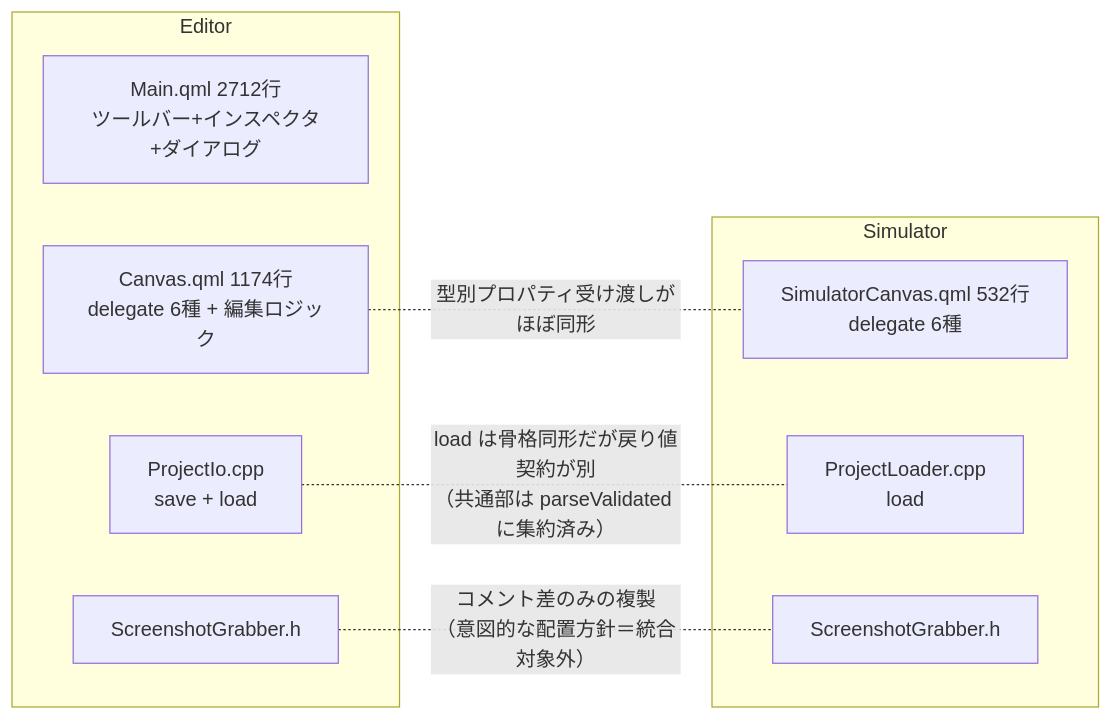
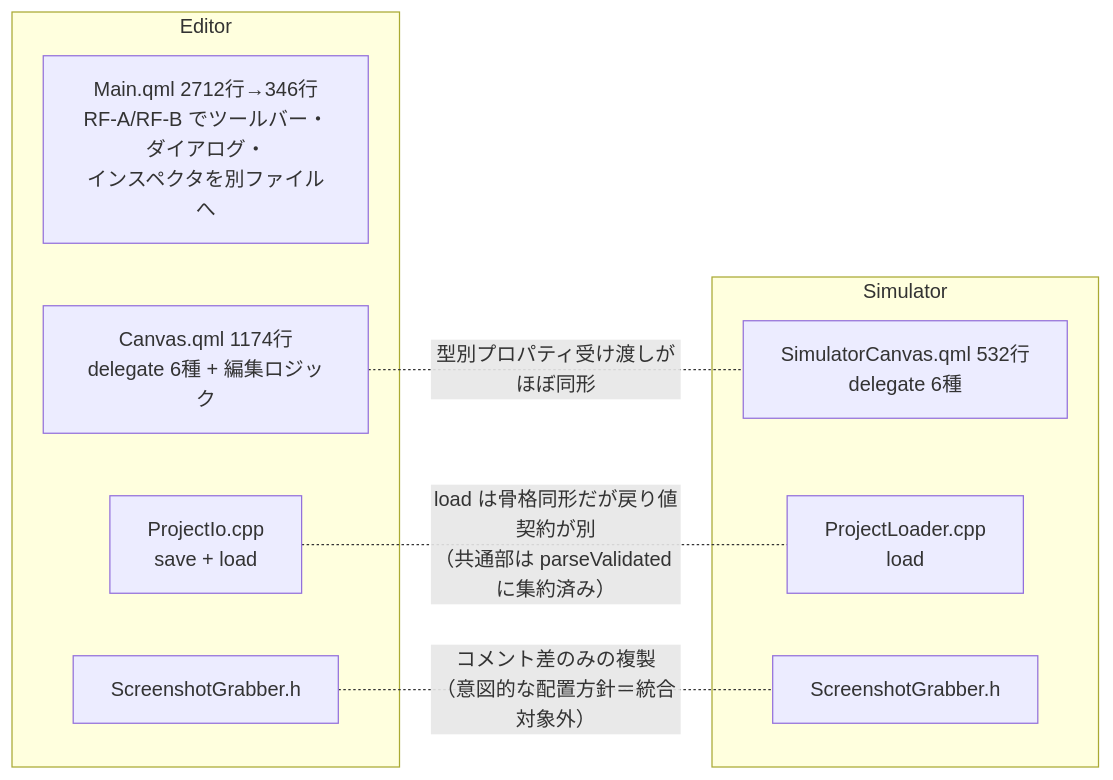
One commit to hang-up33/hmi-platform changed the diagram in Docs/refactoring-plan.md. Above: the diagram before and after it, drawn with Mermaid. The commit also changed other lines of this file and 12 other files, not shown here.

First line of the commit message:
Task RF-B: Main.qml 分割②（インスペクタ本体を InspectorPanel.qml へ抽出） (PR 175)

````diff
--- a/Docs/refactoring-plan.md
+++ b/Docs/refactoring-plan.md
@@ -14,17 +14,17 @@
 ```mermaid
 graph LR
     subgraph Editor
-        EM[Main.qml 2712行<br>ツールバー+インスペクタ+ダイアログ]
+        EM[Main.qml 2712行→346行<br>RF-A/RF-B でツールバー・ダイアログ・<br>インスペクタを別ファイルへ]
         EC[Canvas.qml 1174行<br>delegate 6種 + 編集ロジック]
         EIO[ProjectIo.cpp<br>save + load]
         ESG[ScreenshotGrabber.h]
     end
     subgraph Simulator
         SC[SimulatorCanvas.qml 532行<br>delegate 6種]
         SLD[ProjectLoader.cpp<br>load]
         SSG[ScreenshotGrabber.h]
     end
     EC -. "型別プロパティ受け渡しがほぼ同形" .- SC
     EIO -. "load は骨格同形だが戻り値契約が別<br>（共通部は parseValidated に集約済み）" .- SLD
     ESG -. "コメント差のみの複製<br>（意図的な配置方針＝統合対象外）" .- SSG
 ```
````
